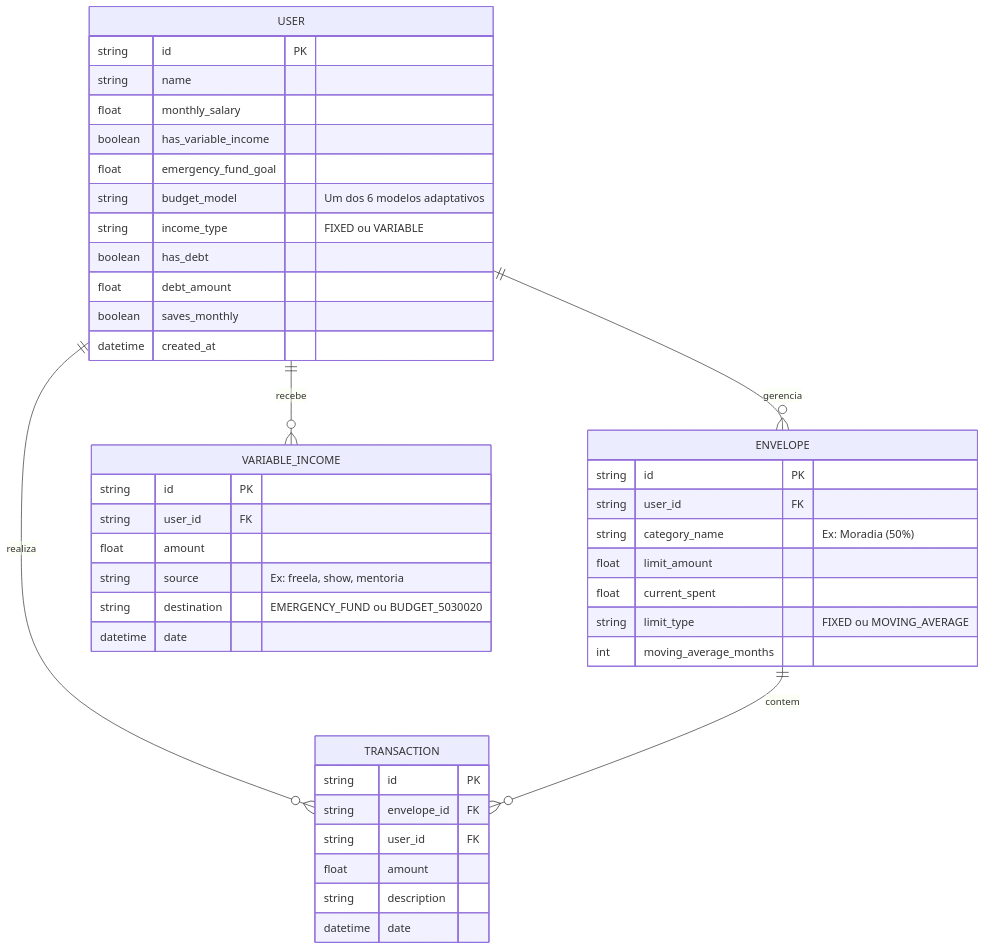
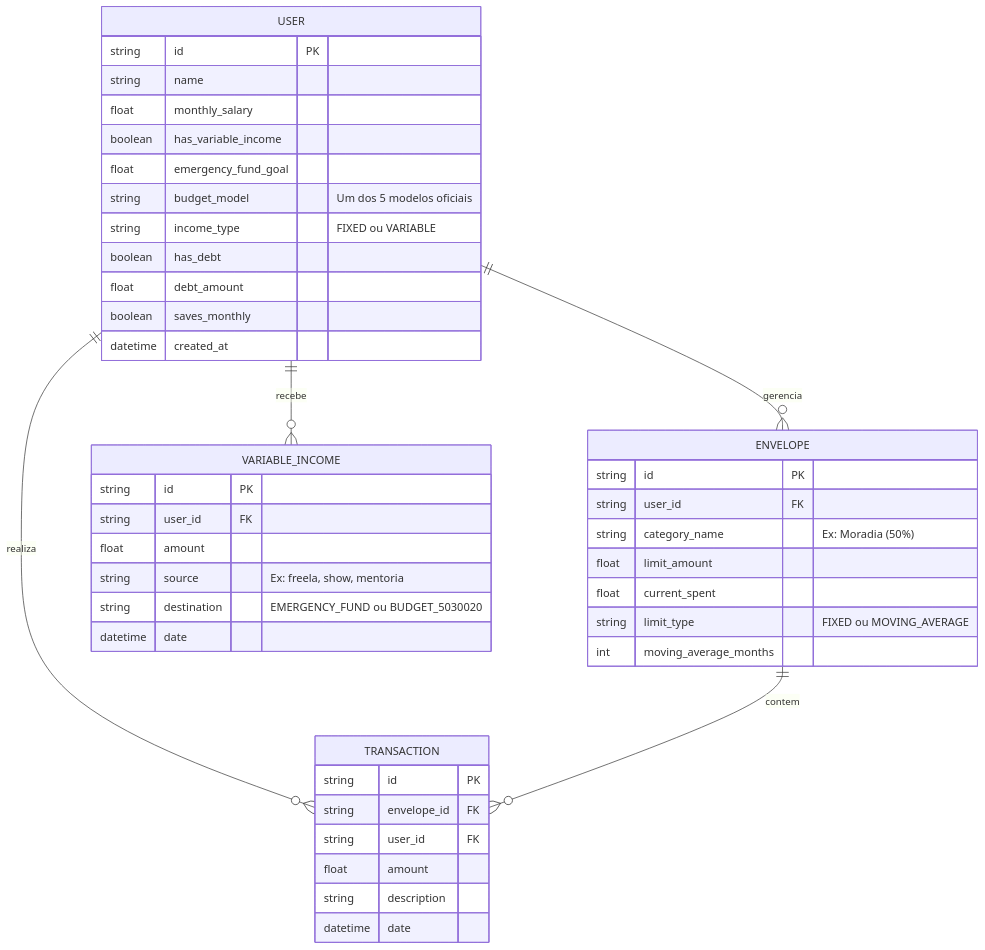
The first of 6 diagrams in docs/DATA_MODEL.md (luizaleblanc/organiza-ai), drawn with Mermaid before and after one commit. The commit also changed other lines of this file and 6 other files, not shown here.

Commit message:
feat(budget): restringir aos 5 modelos oficiais com pisos de salario minimo e remover Base Zero

````diff
--- a/docs/DATA_MODEL.md
+++ b/docs/DATA_MODEL.md
@@ -19,49 +19,49 @@
 ```mermaid
 erDiagram
     USER ||--o{ ENVELOPE : gerencia
     USER ||--o{ TRANSACTION : realiza
     USER ||--o{ VARIABLE_INCOME : recebe
     ENVELOPE ||--o{ TRANSACTION : contem
 
     USER {
         string id PK
         string name
         float monthly_salary
         boolean has_variable_income
         float emergency_fund_goal
-        string budget_model "Um dos 6 modelos adaptativos"
+        string budget_model "Um dos 5 modelos oficiais"
         string income_type "FIXED ou VARIABLE"
         boolean has_debt
         float debt_amount
         boolean saves_monthly
         datetime created_at
     }
 
     ENVELOPE {
         string id PK
         string user_id FK
         string category_name "Ex: Moradia (50%)"
         float limit_amount
         float current_spent
         string limit_type "FIXED ou MOVING_AVERAGE"
         int moving_average_months
     }
 
     TRANSACTION {
         string id PK
         string envelope_id FK
         string user_id FK
         float amount
         string description
         datetime date
     }
 
     VARIABLE_INCOME {
         string id PK
         string user_id FK
         float amount
         string source "Ex: freela, show, mentoria"
         string destination "EMERGENCY_FUND ou BUDGET_5030020"
         datetime date
     }
 ```
````
